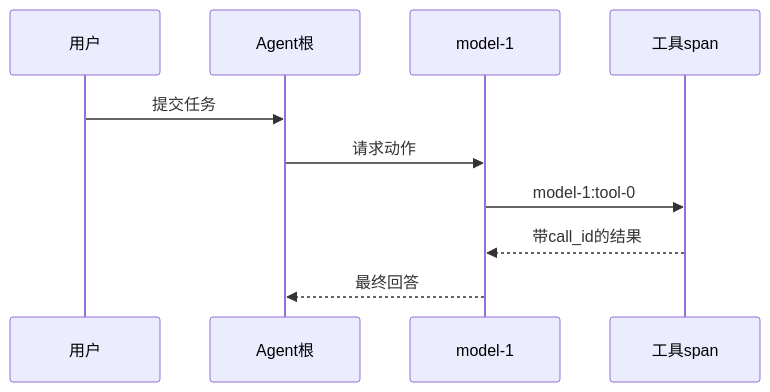
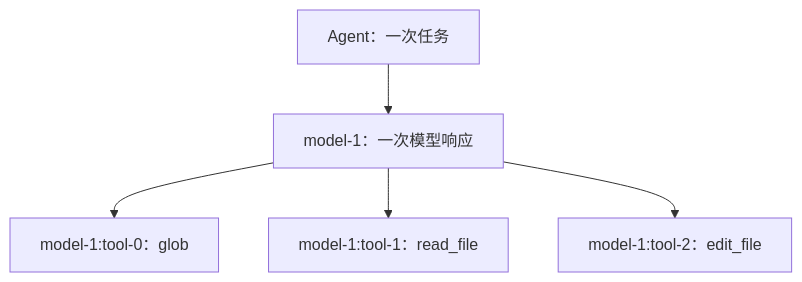
Before and after one commit to lovits/learn-agent-evaluation: the diagram in generation/output/e02_tools_traces/01_工具_权限_轨迹与统一评测样本.md, drawn with Mermaid. The commit also changed other lines of this file and 48 other files, not shown here.

````diff
--- a/generation/output/e02_tools_traces/01_工具_权限_轨迹与统一评测样本.md
+++ b/generation/output/e02_tools_traces/01_工具_权限_轨迹与统一评测样本.md
@@ -142,12 +75,7 @@
 ```mermaid
-sequenceDiagram
-    participant U as 用户
-    participant A as Agent根
-    participant M as model-1
-    participant T as 工具span
-    U->>A: 提交任务
-    A->>M: 请求动作
-    M->>T: model-1:tool-0
-    T-->>M: 带call_id的结果
-    M-->>A: 最终回答
+flowchart TD
+    A["Agent：一次任务"] --> M["model-1：一次模型响应"]
+    M --> G["model-1:tool-0：glob"]
+    M --> R["model-1:tool-1：read_file"]
+    M --> E["model-1:tool-2：edit_file"]
 ```
````
